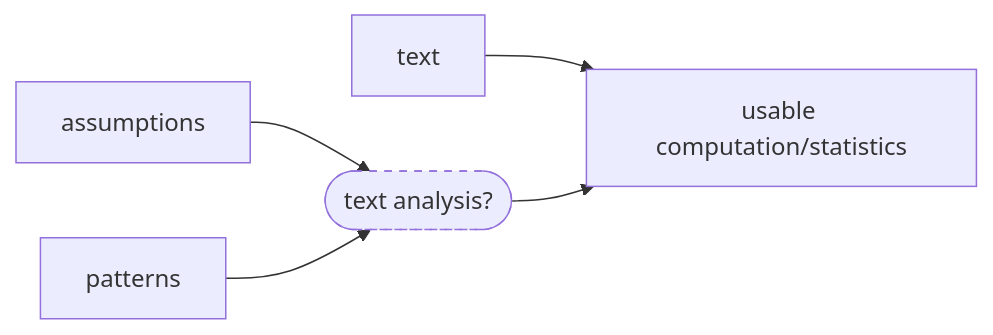
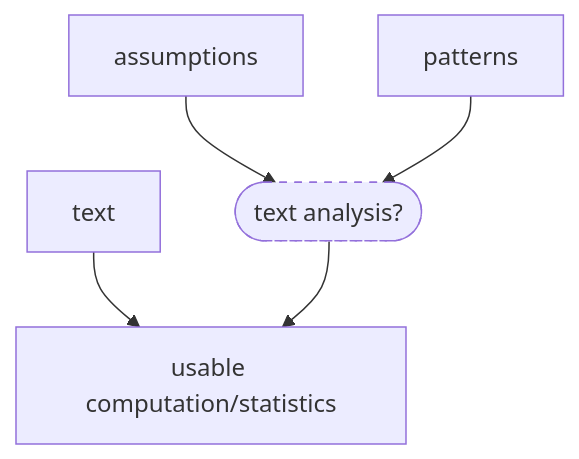
Before and after one commit to TLP-COI/text-data-course: the second of 3 diagrams in content/00-introduction/intro.md, drawn with Mermaid. The commit also changed other lines of this file and 9 other files, not shown here.

````diff
--- a/content/00-introduction/intro.md
+++ b/content/00-introduction/intro.md
@@ -22,9 +25,9 @@
 ```{mermaid} 
-graph LR
+graph TD
 
 assumptions --> ta(["text analysis?"])
 style ta stroke-dasharray: 5 5
 patterns --> ta
 text --> comp["usable" computation/statistics]
 ta --> comp
 ```
````
